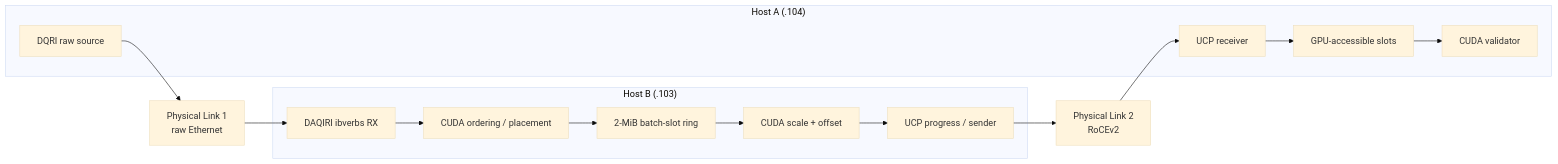
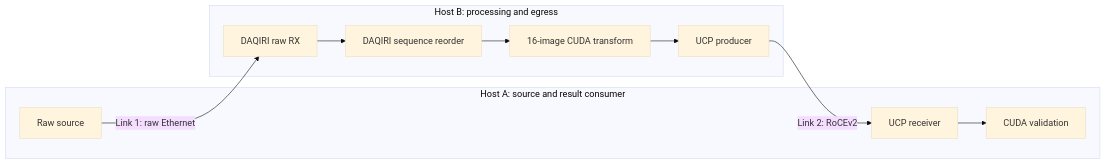
Before and after one commit to NVIDIA/daqiri: the first of 3 diagrams in docs/tutorials/daqiri-ucx-gpu-egress.md, drawn with Mermaid (base theme). The commit also changed other lines of this file and 38 other files, not shown here.

Commit message:
#288 - Simplify and harden UCX GPU egress example

````diff
--- a/docs/tutorials/daqiri-ucx-gpu-egress.md
+++ b/docs/tutorials/daqiri-ucx-gpu-egress.md
@@ -39,25 +33,20 @@
 ```mermaid
 flowchart LR
-  Link1["Physical Link 1<br/>raw Ethernet"]
-  Link2["Physical Link 2<br/>RoCEv2"]
-
-  subgraph A["Host A (.104)"]
-    RawSource["DQRI raw source"]
+  subgraph A["Host A: source and result consumer"]
+    Source["Raw source"]
     Receiver["UCP receiver"]
-    ReceivePool["GPU-accessible slots"]
-    Validator["CUDA validator"]
-    Receiver --> ReceivePool --> Validator
+    Validate["CUDA validation"]
+    Receiver --> Validate
   end
 
-  subgraph B["Host B (.103)"]
-    Daqiri["DAQIRI ibverbs RX"]
-    Place["CUDA ordering / placement"]
-    Ring["2-MiB batch-slot ring"]
-    Transform["CUDA scale + offset"]
-    Sender["UCP progress / sender"]
-    Daqiri --> Place --> Ring --> Transform --> Sender
+  subgraph B["Host B: processing and egress"]
+    RX["DAQIRI raw RX"]
+    Reorder["DAQIRI sequence reorder"]
+    Transform["16-image CUDA transform"]
+    Producer["UCP producer"]
+    RX --> Reorder --> Transform --> Producer
   end
 
-  RawSource --> Link1 --> Daqiri
-  Sender --> Link2 --> Receiver
+  Source -- "Link 1: raw Ethernet" --> RX
+  Producer -- "Link 2: RoCEv2" --> Receiver
 ```
````
